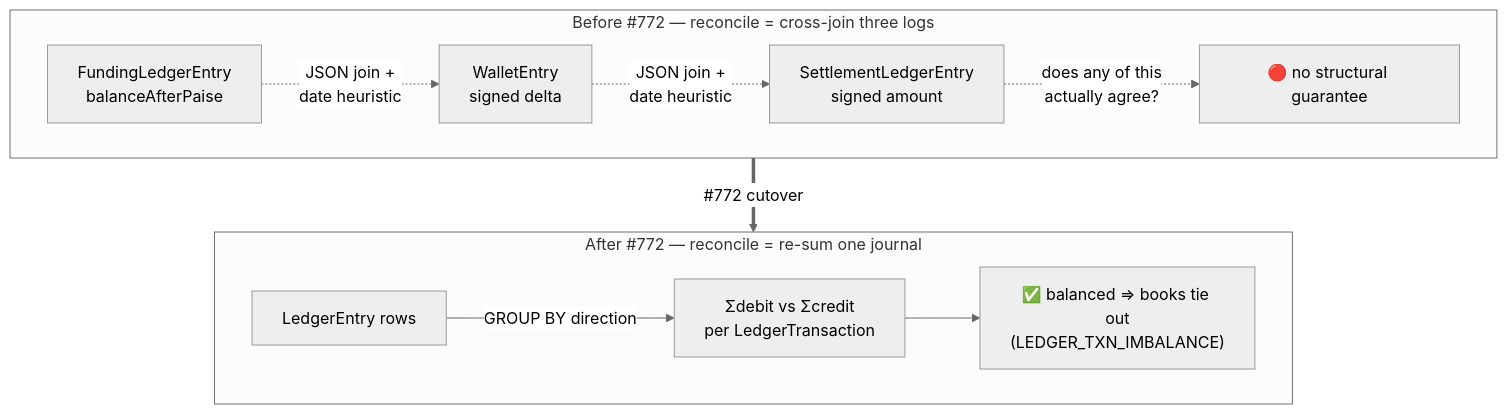
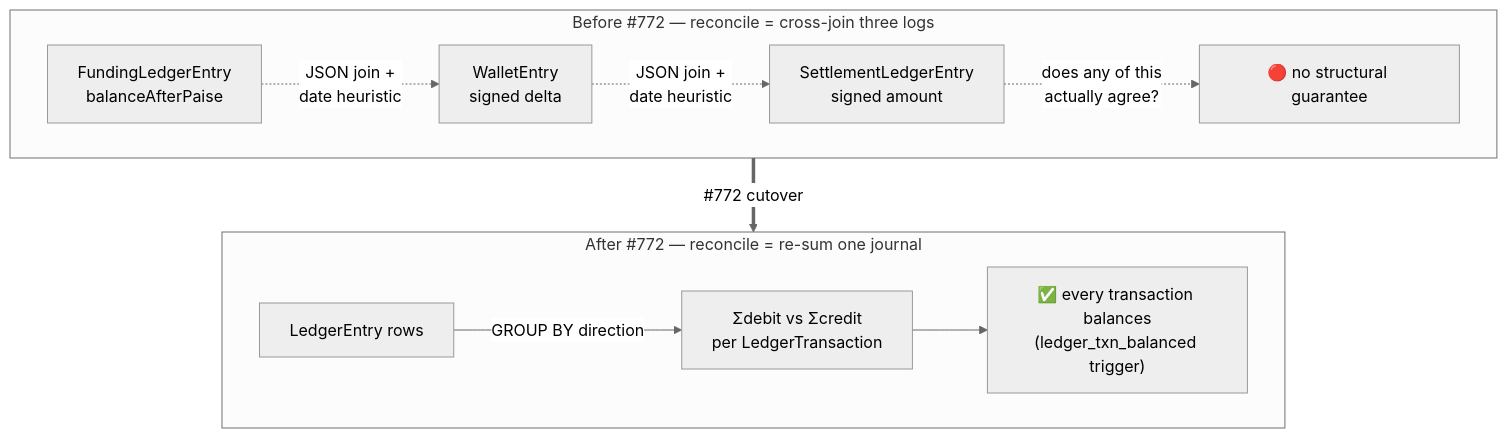
One commit to Practitionist/familiarise_web changed the second of 2 diagrams in docs/enterprise/10-money-and-ledger/01-money-model-overview.md. Above: the diagram before and after it, drawn with Mermaid (neutral theme). The commit also changed other lines of this file and 45 other files, not shown here.

````diff
--- a/docs/enterprise/10-money-and-ledger/01-money-model-overview.md
+++ b/docs/enterprise/10-money-and-ledger/01-money-model-overview.md
@@ -59,18 +59,18 @@
 ```mermaid
 flowchart TB
   subgraph BEFORE["Before #772 — reconcile = cross-join three logs"]
     direction LR
     b1["FundingLedgerEntry<br/>balanceAfterPaise"]
     b2["WalletEntry<br/>signed delta"]
     b3["SettlementLedgerEntry<br/>signed amount"]
     b1 -.->|"JSON join +<br/>date heuristic"| b2
     b2 -.->|"JSON join +<br/>date heuristic"| b3
     b3 -.->|"does any of this<br/>actually agree?"| bq["🔴 no structural guarantee"]
   end
   subgraph AFTER["After #772 — reconcile = re-sum one journal"]
     direction LR
     a1["LedgerEntry rows"] -->|"GROUP BY direction"| a2["Σdebit vs Σcredit<br/>per LedgerTransaction"]
-    a2 --> aq["✅ balanced ⇒ books tie out<br/>(LEDGER_TXN_IMBALANCE)"]
+    a2 --> aq["✅ every transaction balances<br/>(ledger_txn_balanced trigger)"]
   end
   BEFORE ==>|"#772 cutover"| AFTER
 ```
````
